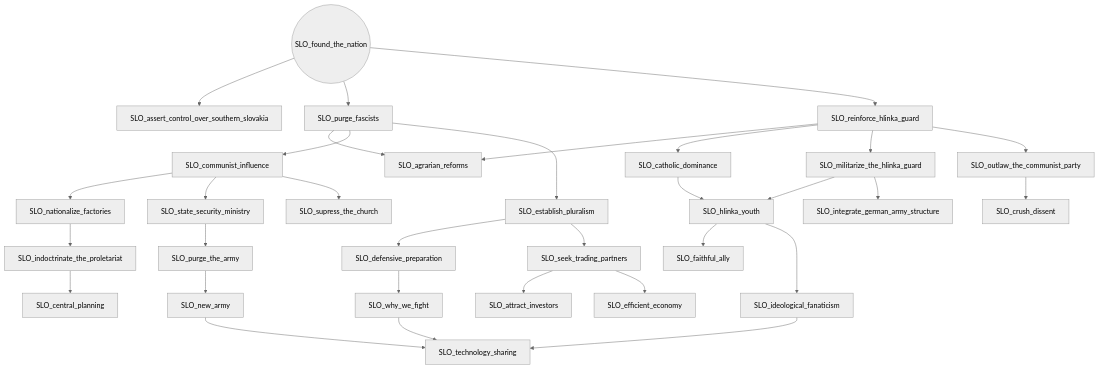
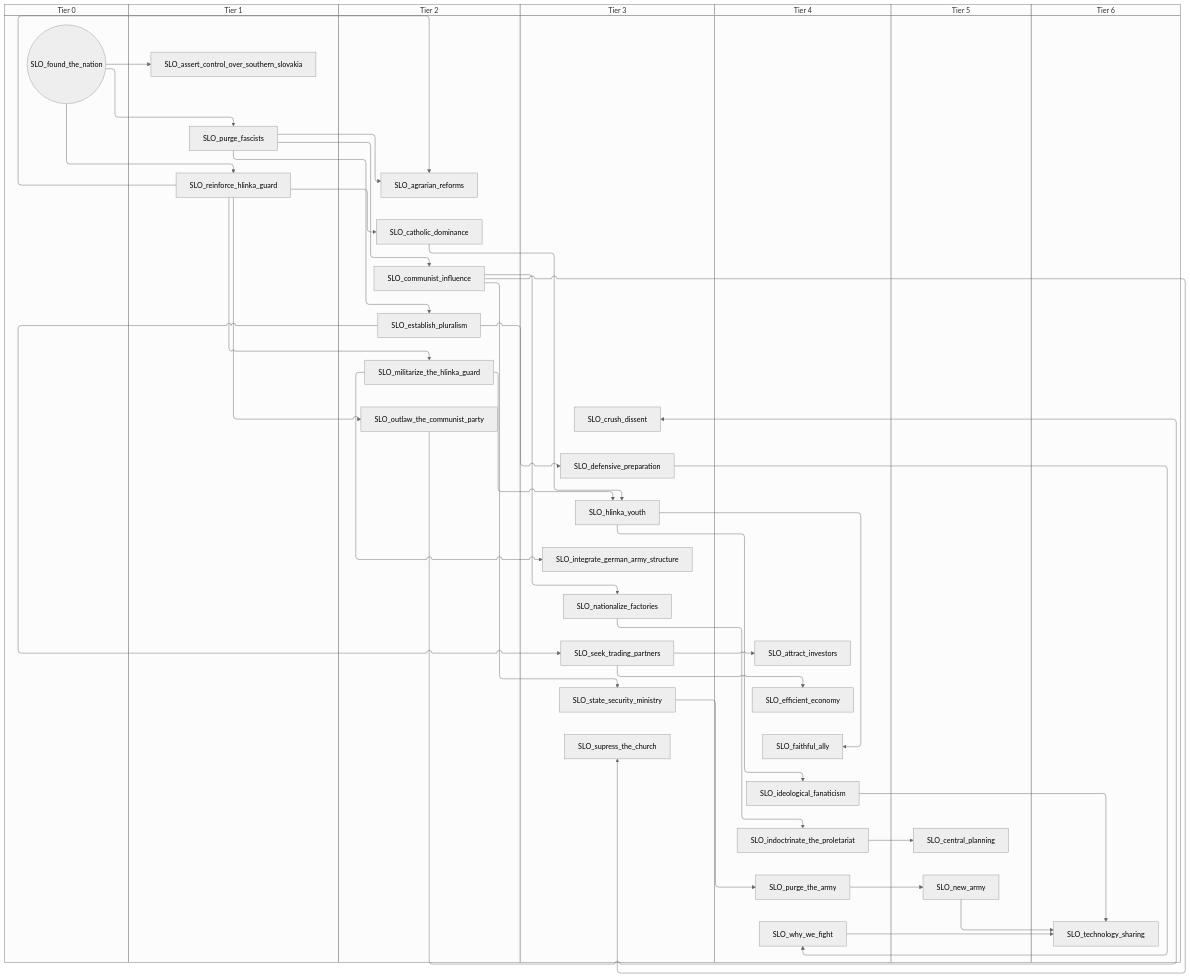
Before and after one commit to evgeny-sobol/hoi4-sandbox-mode-r56: the third of 5 diagrams in docs/gdd/National Focuses/r56/slovakia.md, drawn with Mermaid (neutral theme). The commit also changed other lines of this file and 423 other files, not shown here.

First line of the commit message:
Re-export Rt56 focus trees as swimlane diagrams

````diff
--- a/docs/gdd/National Focuses/r56/slovakia.md
+++ b/docs/gdd/National Focuses/r56/slovakia.md
@@ -107,62 +127,76 @@
 ```mermaid
-flowchart TD
-    n31["SLO_agrarian_reforms"]
-    n32["SLO_assert_control_over_southern_slovakia"]
-    n33["SLO_attract_investors"]
-    n34["SLO_catholic_dominance"]
-    n35["SLO_central_planning"]
-    n36["SLO_communist_influence"]
-    n37["SLO_crush_dissent"]
-    n38["SLO_defensive_preparation"]
-    n39["SLO_efficient_economy"]
-    n40["SLO_establish_pluralism"]
-    n41["SLO_faithful_ally"]
-    n42(("SLO_found_the_nation"))
-    n43["SLO_hlinka_youth"]
-    n44["SLO_ideological_fanaticism"]
-    n45["SLO_indoctrinate_the_proletariat"]
-    n46["SLO_integrate_german_army_structure"]
-    n47["SLO_militarize_the_hlinka_guard"]
-    n48["SLO_nationalize_factories"]
-    n49["SLO_new_army"]
-    n50["SLO_outlaw_the_communist_party"]
-    n51["SLO_purge_fascists"]
-    n52["SLO_purge_the_army"]
-    n53["SLO_reinforce_hlinka_guard"]
-    n54["SLO_seek_trading_partners"]
-    n55["SLO_state_security_ministry"]
-    n56["SLO_supress_the_church"]
-    n57["SLO_technology_sharing"]
-    n58["SLO_why_we_fight"]
-    n51 --> n31
-    n53 --> n31
-    n42 --> n32
-    n54 --> n33
-    n53 --> n34
-    n45 --> n35
-    n51 --> n36
-    n50 --> n37
-    n40 --> n38
-    n54 --> n39
-    n51 --> n40
-    n43 --> n41
-    n47 --> n43
-    n34 --> n43
-    n43 --> n44
-    n48 --> n45
-    n47 --> n46
-    n53 --> n47
-    n36 --> n48
-    n52 --> n49
-    n53 --> n50
-    n42 --> n51
-    n55 --> n52
-    n42 --> n53
-    n40 --> n54
-    n36 --> n55
-    n36 --> n56
-    n44 --> n57
-    n58 --> n57
-    n49 --> n57
-    n38 --> n58
+swimlane-beta TD
+    subgraph tier_0["Tier 0"]
+        n31(("SLO_found_the_nation"))
+    end
+    subgraph tier_1["Tier 1"]
+        n32["SLO_assert_control_over_southern_slovakia"]
+        n33["SLO_purge_fascists"]
+        n34["SLO_reinforce_hlinka_guard"]
+    end
+    subgraph tier_2["Tier 2"]
+        n35["SLO_agrarian_reforms"]
+        n36["SLO_catholic_dominance"]
+        n37["SLO_communist_influence"]
+        n38["SLO_establish_pluralism"]
+        n39["SLO_militarize_the_hlinka_guard"]
+        n40["SLO_outlaw_the_communist_party"]
+    end
+    subgraph tier_3["Tier 3"]
+        n41["SLO_crush_dissent"]
+        n42["SLO_defensive_preparation"]
+        n43["SLO_hlinka_youth"]
+        n44["SLO_integrate_german_army_structure"]
+        n45["SLO_nationalize_factories"]
+        n46["SLO_seek_trading_partners"]
+        n47["SLO_state_security_ministry"]
+        n48["SLO_supress_the_church"]
+    end
+    subgraph tier_4["Tier 4"]
+        n49["SLO_attract_investors"]
+        n50["SLO_efficient_economy"]
+        n51["SLO_faithful_ally"]
+        n52["SLO_ideological_fanaticism"]
+        n53["SLO_indoctrinate_the_proletariat"]
+        n54["SLO_purge_the_army"]
+        n55["SLO_why_we_fight"]
+    end
+    subgraph tier_5["Tier 5"]
+        n56["SLO_central_planning"]
+        n57["SLO_new_army"]
+    end
+    subgraph tier_6["Tier 6"]
+        n58["SLO_technology_sharing"]
+    end
+    n33 --> n35
+    n34 --> n35
+    n31 --> n32
+    n46 --> n49
+    n34 --> n36
+    n53 --> n56
+    n33 --> n37
+    n40 --> n41
+    n38 --> n42
+    n46 --> n50
+    n33 --> n38
+    n43 --> n51
+    n39 --> n43
+    n36 --> n43
+    n43 --> n52
+    n45 --> n53
+    n39 --> n44
+    n34 --> n39
+    n37 --> n45
+    n54 --> n57
+    n34 --> n40
+    n31 --> n33
+    n47 --> n54
+    n31 --> n34
+    n38 --> n46
+    n37 --> n47
+    n37 --> n48
+    n52 --> n58
+    n55 --> n58
+    n57 --> n58
+    n42 --> n55
 ```
````
